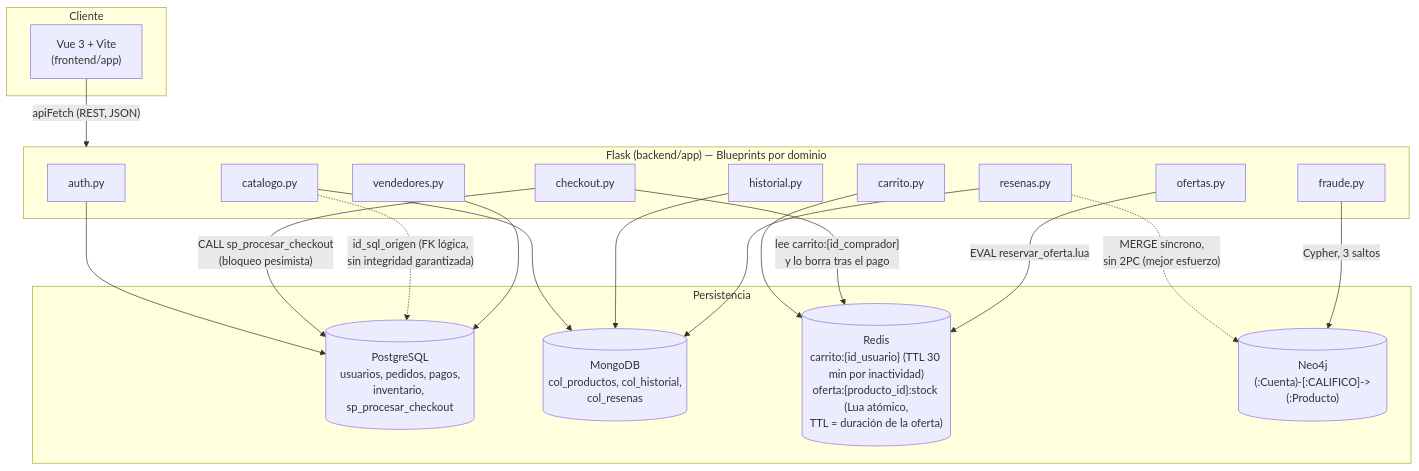
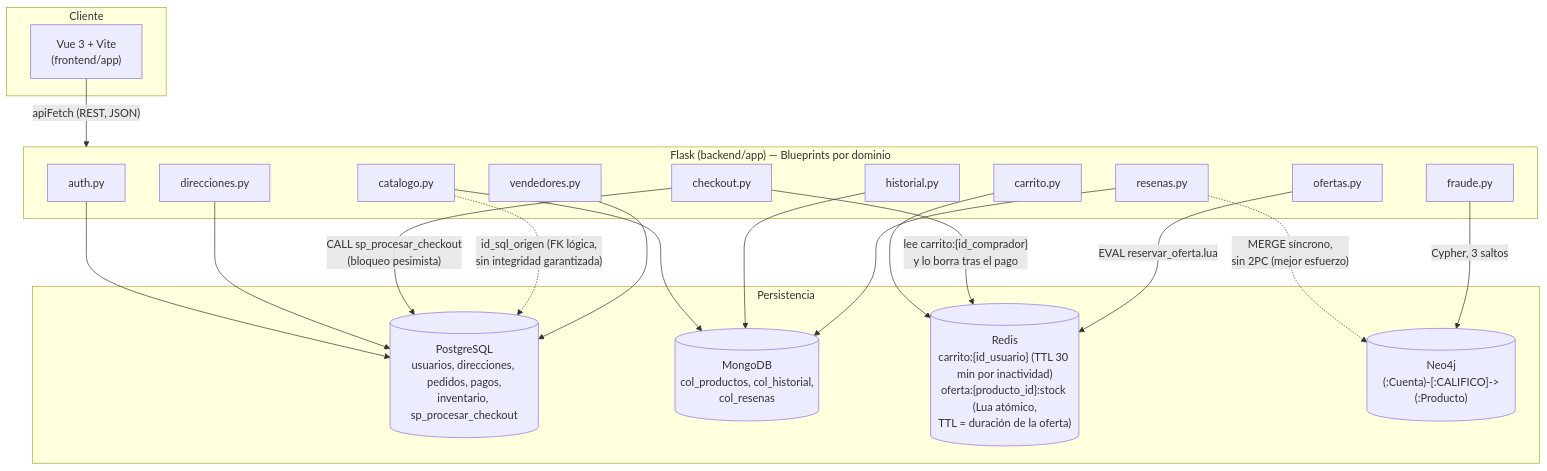
Before and after one commit to Fatiunis/proyectoBD2.0: the diagram in docs/arquitectura.md, drawn with Mermaid. The commit also changed 12 other files, not shown here.

````diff
--- a/docs/arquitectura.md
+++ b/docs/arquitectura.md
@@ -7,40 +7,42 @@
 ```mermaid
 flowchart TB
     subgraph Cliente
         Vue["Vue 3 + Vite\n(frontend/app)"]
     end
 
     subgraph Backend["Flask (backend/app) — Blueprints por dominio"]
         Auth[auth.py]
         Checkout[checkout.py]
+        Direcciones[direcciones.py]
         Catalogo[catalogo.py]
         Historial[historial.py]
         Vendedores[vendedores.py]
         Carrito[carrito.py]
         Ofertas[ofertas.py]
         Resenas[resenas.py]
         Fraude[fraude.py]
     end
 
     subgraph Persistencia
-        PG[("PostgreSQL\nusuarios, pedidos, pagos,\ninventario, sp_procesar_checkout")]
+        PG[("PostgreSQL\nusuarios, direcciones, pedidos, pagos,\ninventario, sp_procesar_checkout")]
         Mongo[("MongoDB\ncol_productos, col_historial,\ncol_resenas")]
         Redis[("Redis\ncarrito:{id_usuario} (TTL 30 min por inactividad)\noferta:{producto_id}:stock (Lua atómico,\nTTL = duración de la oferta)")]
         Neo4j[("Neo4j\n(:Cuenta)-[:CALIFICO]->(:Producto)")]
     end
 
     Vue -- "apiFetch (REST, JSON)" --> Backend
 
     Auth --> PG
+    Direcciones --> PG
     Checkout -- "CALL sp_procesar_checkout\n(bloqueo pesimista)" --> PG
     Catalogo --> Mongo
     Catalogo -. "id_sql_origen (FK lógica,\nsin integridad garantizada)" .-> PG
     Historial --> Mongo
     Vendedores --> PG
     Carrito --> Redis
     Checkout -- "lee carrito:{id_comprador}\ny lo borra tras el pago" --> Redis
     Ofertas -- "EVAL reservar_oferta.lua" --> Redis
     Resenas --> Mongo
     Resenas -. "MERGE síncrono,\nsin 2PC (mejor esfuerzo)" .-> Neo4j
     Fraude -- "Cypher, 3 saltos" --> Neo4j
 ```
````
